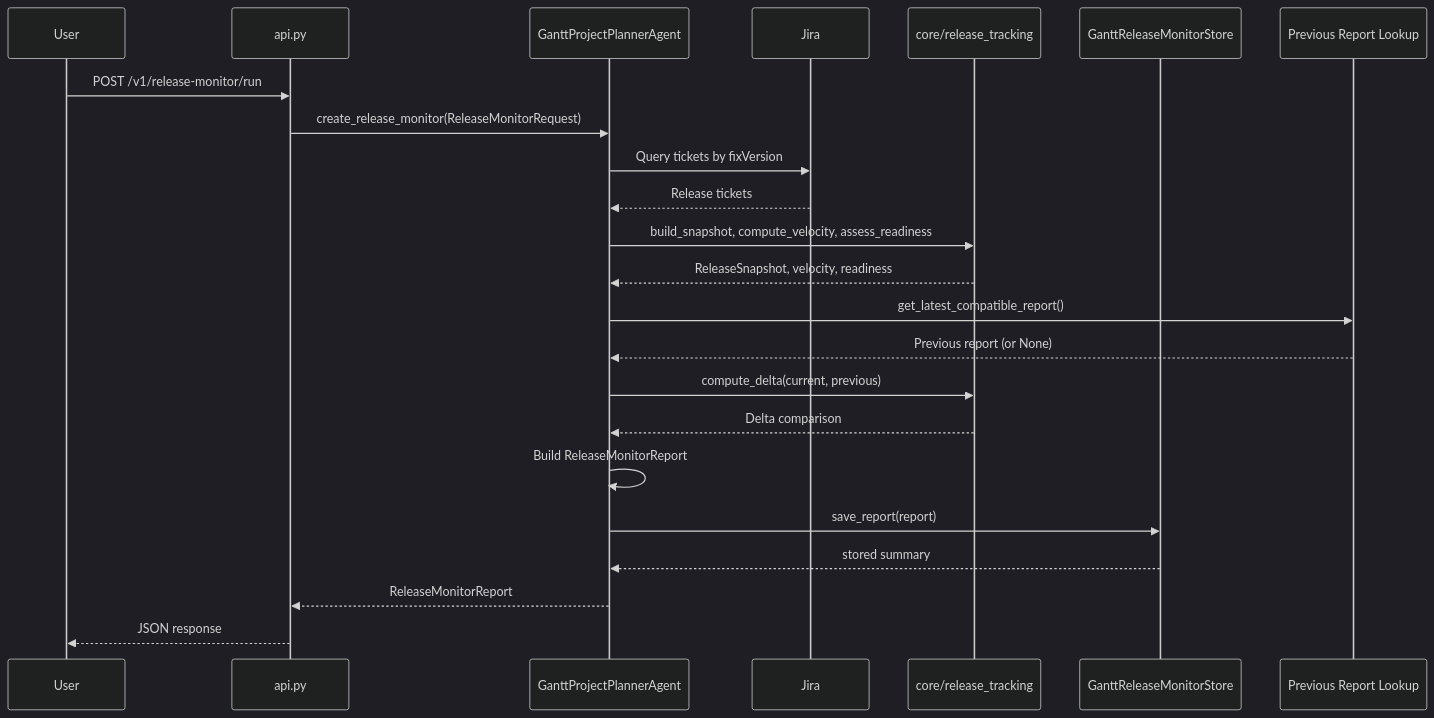
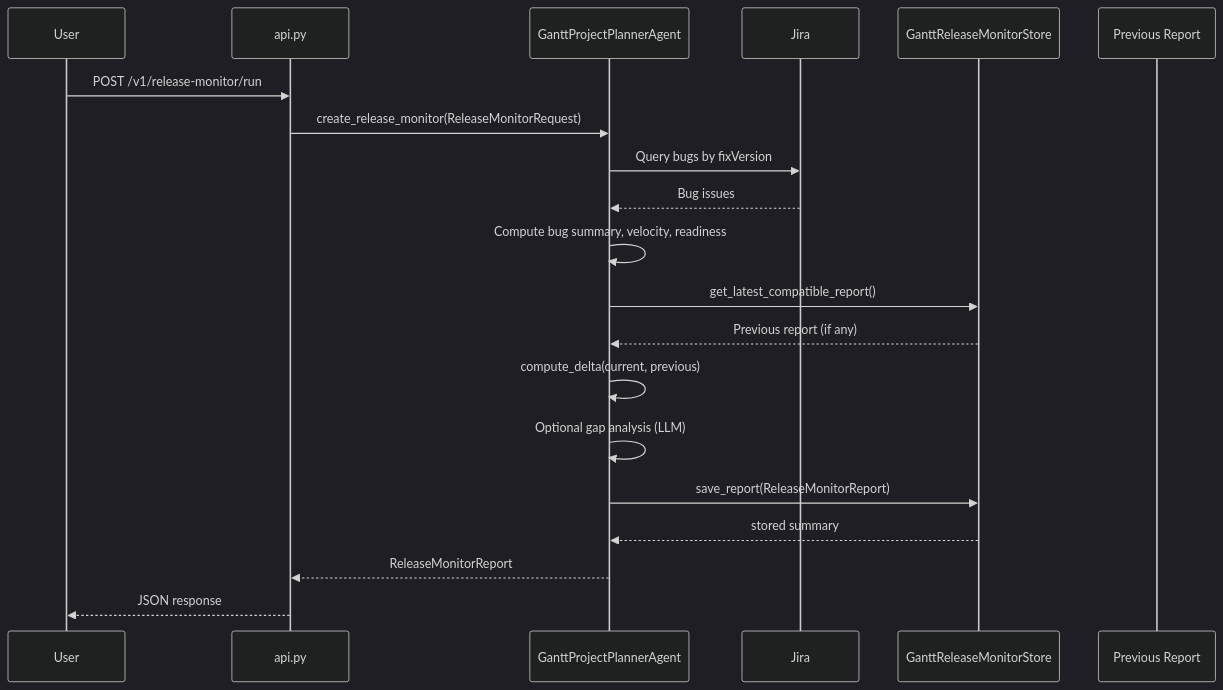
One commit to jmac-cornelis/agent-workforce changed the third of 4 diagrams in docs/agents-gantt.md. Above: the diagram before and after it, drawn with Mermaid (dark theme). The commit also changed other lines of this file and 8 other files, not shown here.

````diff
--- a/docs/agents-gantt.md
+++ b/docs/agents-gantt.md
@@ -116,26 +100,23 @@
 ```mermaid
 sequenceDiagram
     participant User
     participant API as api.py
     participant Agent as GanttProjectPlannerAgent
     participant Jira
-    participant ReleaseTracking as core/release_tracking
-    participant Store as GanttReleaseMonitorStore
-    participant PrevStore as Previous Report Lookup
+    participant RMStore as GanttReleaseMonitorStore
+    participant PrevReport as Previous Report
 
     User->>API: POST /v1/release-monitor/run
     API->>Agent: create_release_monitor(ReleaseMonitorRequest)
-    Agent->>Jira: Query tickets by fixVersion
-    Jira-->>Agent: Release tickets
-    Agent->>ReleaseTracking: build_snapshot, compute_velocity, assess_readiness
-    ReleaseTracking-->>Agent: ReleaseSnapshot, velocity, readiness
-    Agent->>PrevStore: get_latest_compatible_report()
-    PrevStore-->>Agent: Previous report (or None)
-    Agent->>ReleaseTracking: compute_delta(current, previous)
-    ReleaseTracking-->>Agent: Delta comparison
-    Agent->>Agent: Build ReleaseMonitorReport
-    Agent->>Store: save_report(report)
-    Store-->>Agent: stored summary
+    Agent->>Jira: Query bugs by fixVersion
+    Jira-->>Agent: Bug issues
+    Agent->>Agent: Compute bug summary, velocity, readiness
+    Agent->>RMStore: get_latest_compatible_report()
+    RMStore-->>Agent: Previous report (if any)
+    Agent->>Agent: compute_delta(current, previous)
+    Agent->>Agent: Optional gap analysis (LLM)
+    Agent->>RMStore: save_report(ReleaseMonitorReport)
+    RMStore-->>Agent: stored summary
     Agent-->>API: ReleaseMonitorReport
     API-->>User: JSON response
 ```
````
